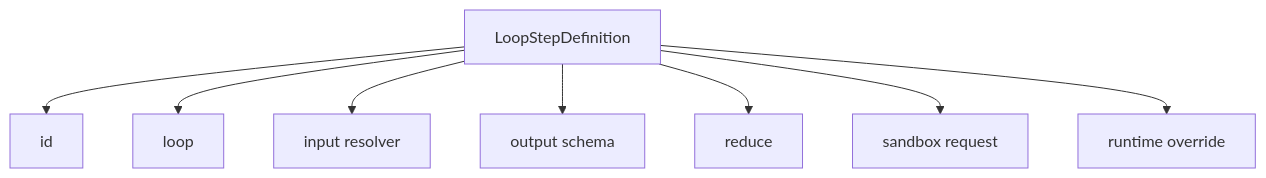
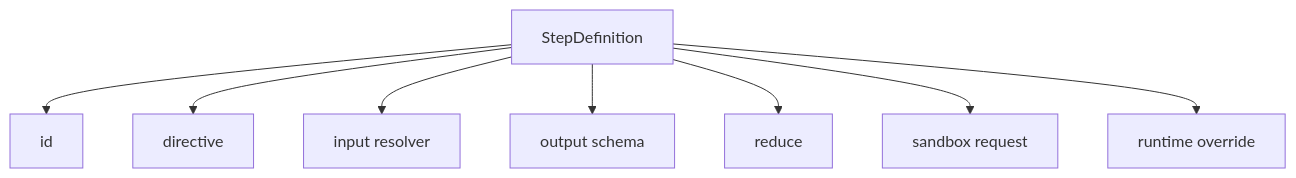
One commit to pqpo/pragma changed the seventh of 18 diagrams in docs/architecture/agent-core-architecture.md. Above: the diagram before and after it, drawn with Mermaid. The commit also changed other lines of this file and 58 other files, not shown here.

````diff
--- a/docs/architecture/agent-core-architecture.md
+++ b/docs/architecture/agent-core-architecture.md
@@ -183,11 +183,11 @@
 ```mermaid
 flowchart TB
-  step["LoopStepDefinition"]
+  step["StepDefinition"]
   step --> id["id"]
-  step --> loop["loop"]
+  step --> directive["directive"]
   step --> input["input resolver"]
   step --> output["output schema"]
   step --> reduce["reduce"]
   step --> sandbox["sandbox request"]
   step --> runtime["runtime override"]
 ```
````
